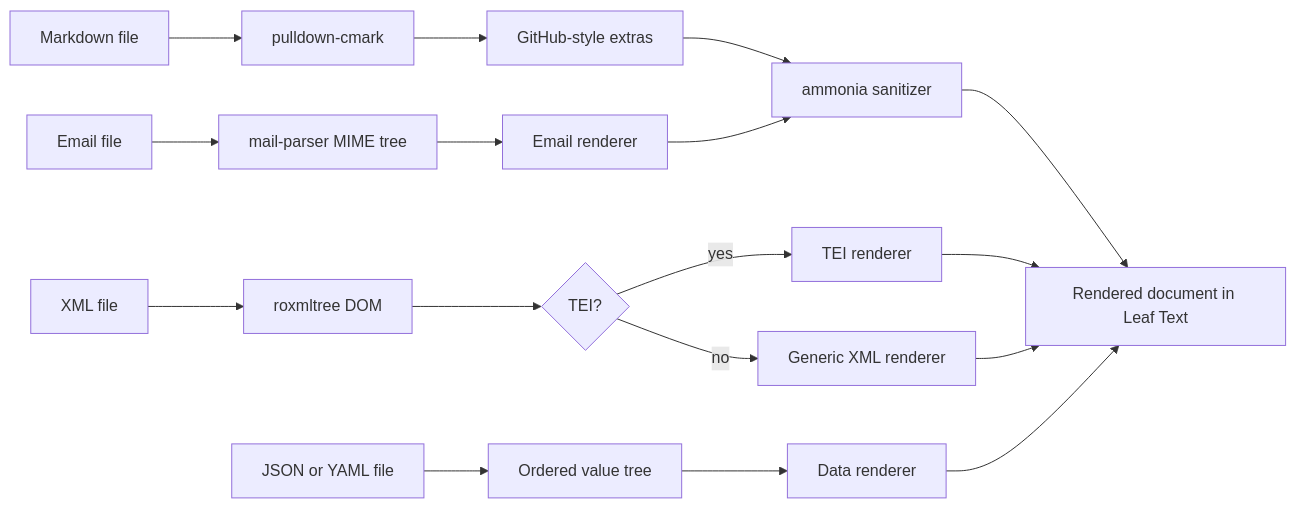
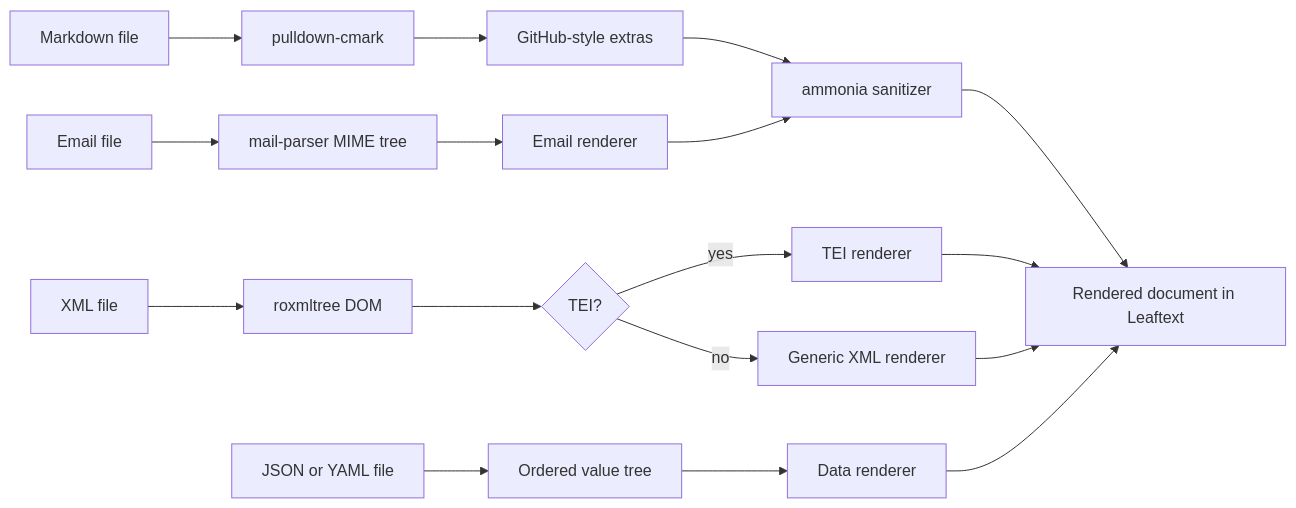
The first of 3 diagrams in docs/01-features/01-rendering.md (ryanallen/leaftext), drawn with Mermaid before and after one commit. The commit also changed other lines of this file and 38 other files, not shown here.

````diff
--- a/docs/01-features/01-rendering.md
+++ b/docs/01-features/01-rendering.md
@@ -25,19 +25,19 @@
 ```mermaid
 flowchart LR
     A[Markdown file] --> B[pulldown-cmark]
     B --> C[GitHub-style extras]
     C --> D[ammonia sanitizer]
-    D --> E[Rendered document in Leaf Text]
+    D --> E[Rendered document in Leaftext]
     F[XML file] --> G[roxmltree DOM]
     G --> H{TEI?}
     H -->|yes| I[TEI renderer]
     H -->|no| J[Generic XML renderer]
     I --> E
     J --> E
     K[JSON or YAML file] --> L[Ordered value tree]
     L --> M[Data renderer]
     M --> E
     N[Email file] --> O[mail-parser MIME tree]
     O --> P[Email renderer]
     P --> D
 ```
````
